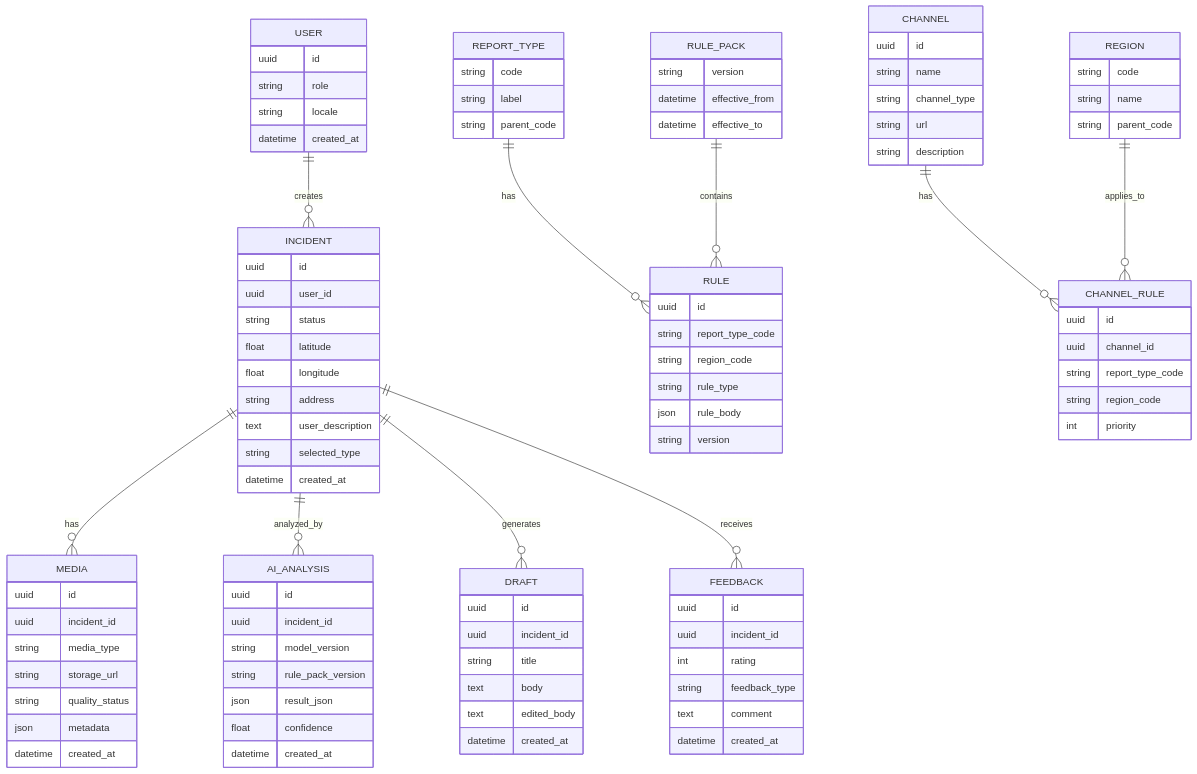
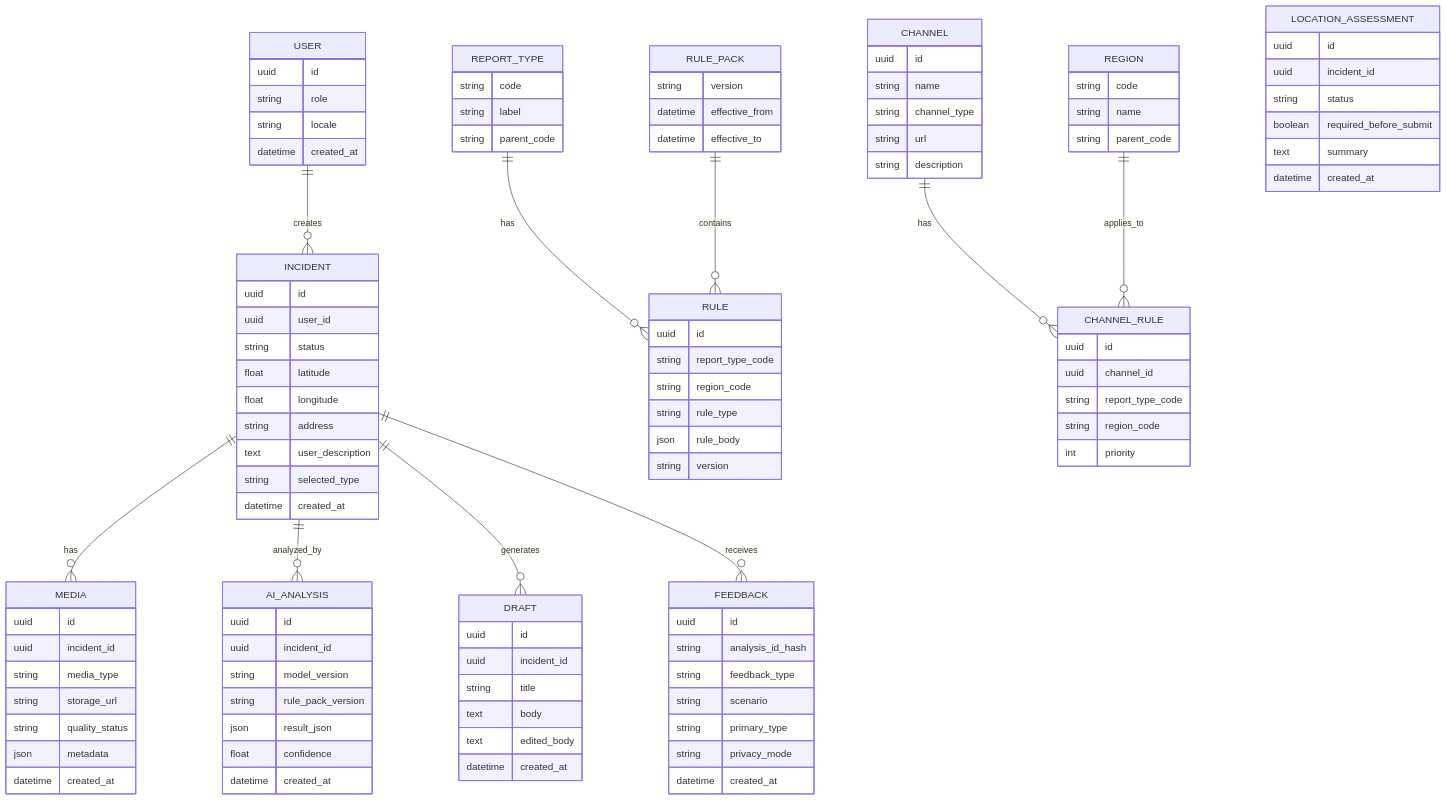
Before and after one commit to Sungblab/civic_copilot_ad_project: the sixth of 7 diagrams in planning/civic_copilot_development_plan.md, drawn with Mermaid. The commit also changed other lines of this file and 47 other files, not shown here.

```diff
--- a/planning/civic_copilot_development_plan.md
+++ b/planning/civic_copilot_development_plan.md
@@ -996,10 +1002,20 @@
 
     FEEDBACK {
         uuid id
+        string analysis_id_hash
+        string feedback_type
+        string scenario
+        string primary_type
+        string privacy_mode
+        datetime created_at
+    }
+
+    LOCATION_ASSESSMENT {
+        uuid id
         uuid incident_id
-        int rating
-        string feedback_type
-        text comment
+        string status
+        boolean required_before_submit
+        text summary
         datetime created_at
     }
 
```
